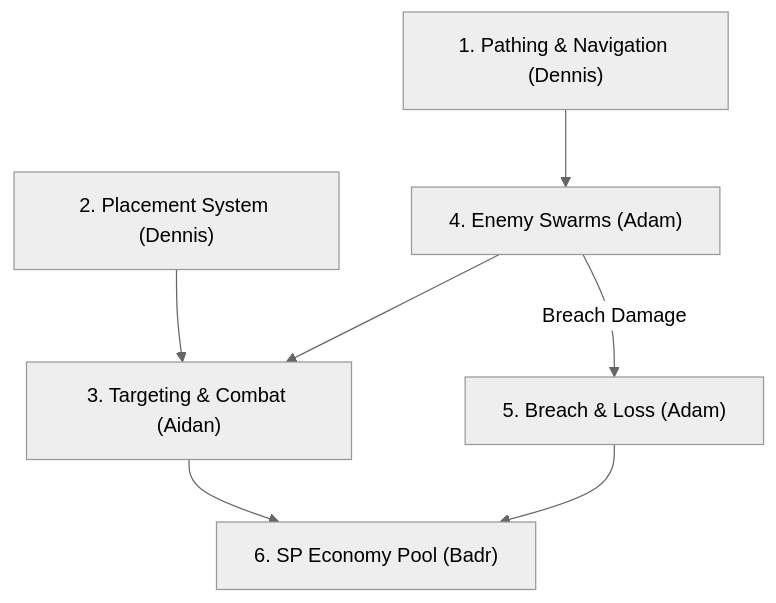
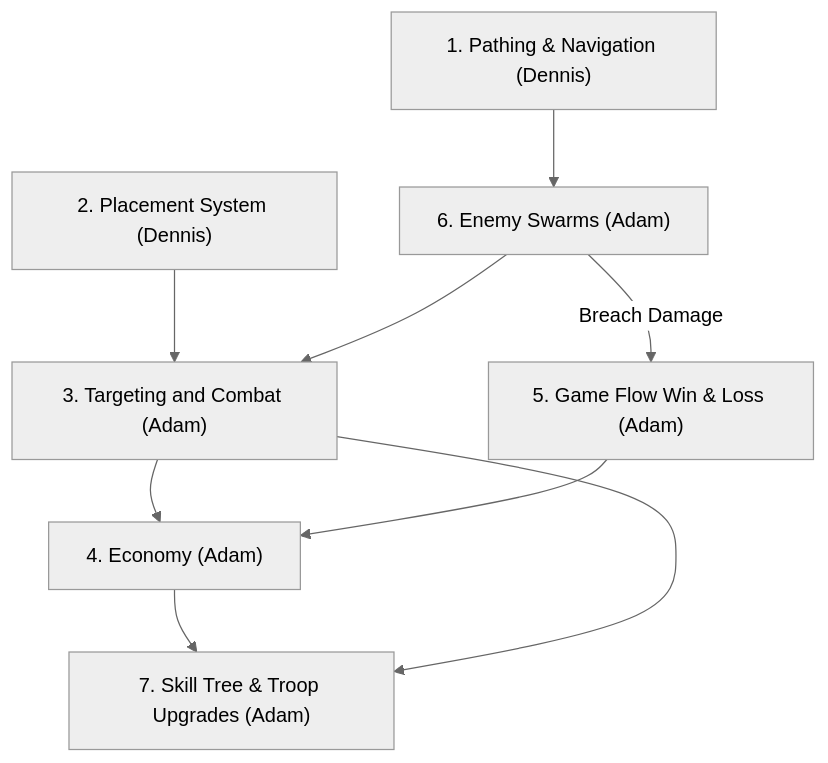
The diagram in Game Design Doc.md (DefaultAdam/Wizard-Tower-Defence), drawn with Mermaid (neutral theme) before and after one commit. The commit also changed other lines of this file and 2 other files, not shown here.

````diff
--- a/Game Design Doc.md
+++ b/Game Design Doc.md
@@ -90,9 +94,11 @@
 ```mermaid
 flowchart TD
-    PN["1. Pathing & Navigation (Dennis)"] --> ES["4. Enemy Swarms (Adam)"]
-    PS["2. Placement System (Dennis)"] --> TC["3. Targeting & Combat (Aidan)"]
+    PN["1. Pathing & Navigation (Dennis)"] --> ES["6. Enemy Swarms (Adam)"]
+    PS["2. Placement System (Dennis)"] --> TC["3. Targeting and Combat (Adam)"]
     ES --> TC
-    TC --> EC["6. SP Economy Pool (Badr)"]
-    ES -->|Breach Damage| BL["5. Breach & Loss (Adam)"]
-    BL --> EC
+    TC --> EC["4. Economy (Adam)"]
+    ES -->|Breach Damage| GF["5. Game Flow Win & Loss (Adam)"]
+    GF --> EC
+    EC --> ST["7. Skill Tree & Troop Upgrades (Adam)"]
+    TC --> ST
 ```
````
